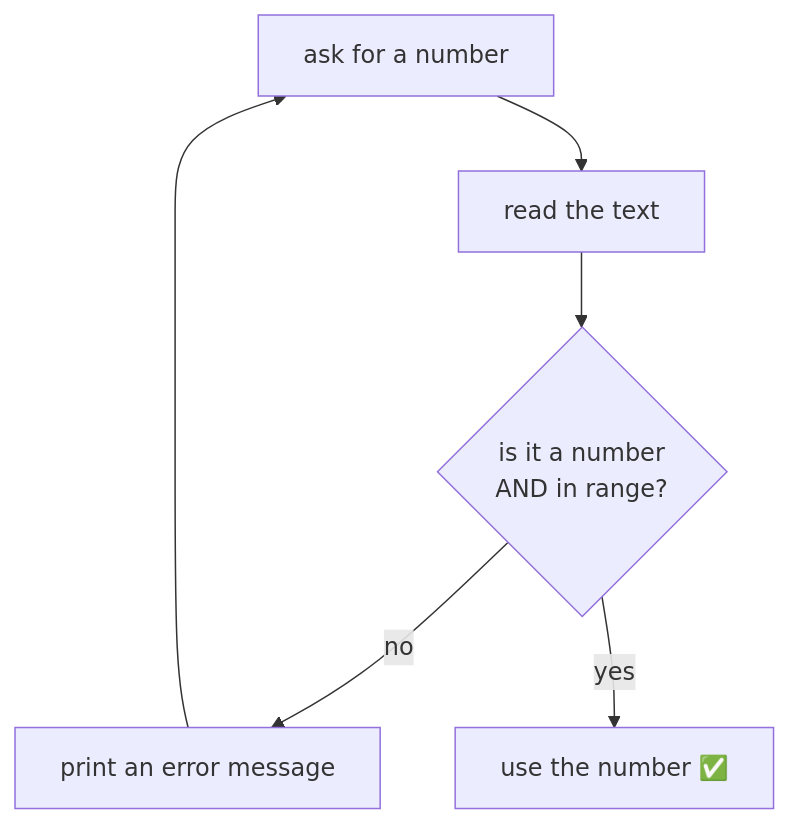
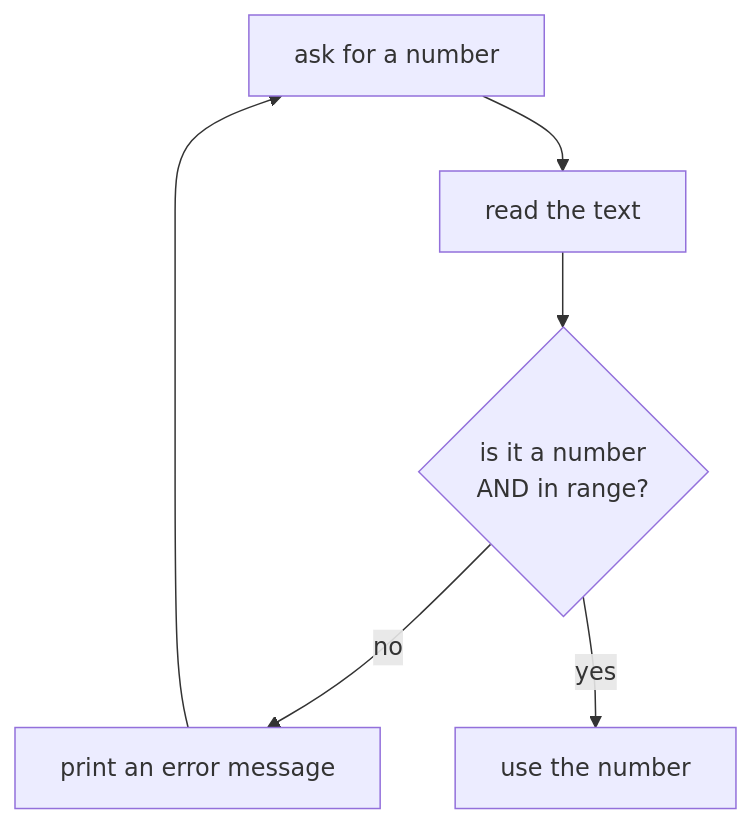
The diagram in cookbook/09-input-validation.md (lfarci/csharp-programming-fundamentals), drawn with Mermaid before and after one commit. The commit also changed other lines of this file and 242 other files, not shown here.

````diff
--- a/cookbook/09-input-validation.md
+++ b/cookbook/09-input-validation.md
@@ -64,10 +64,10 @@
 ```mermaid
 flowchart TD
     accTitle: Input validation
     accDescr: Ask for a number and read the text. If it is a number and in range, continue. If not, print an error message and ask again.
     A["ask for a number"] --> B["read the text"]
     B --> C{"is it a number<br/>AND in range?"}
     C -- no --> D["print an error message"]
     D --> A
-    C -- yes --> E["use the number ✅"]
+    C -- yes --> E["use the number "]
 ```
````
